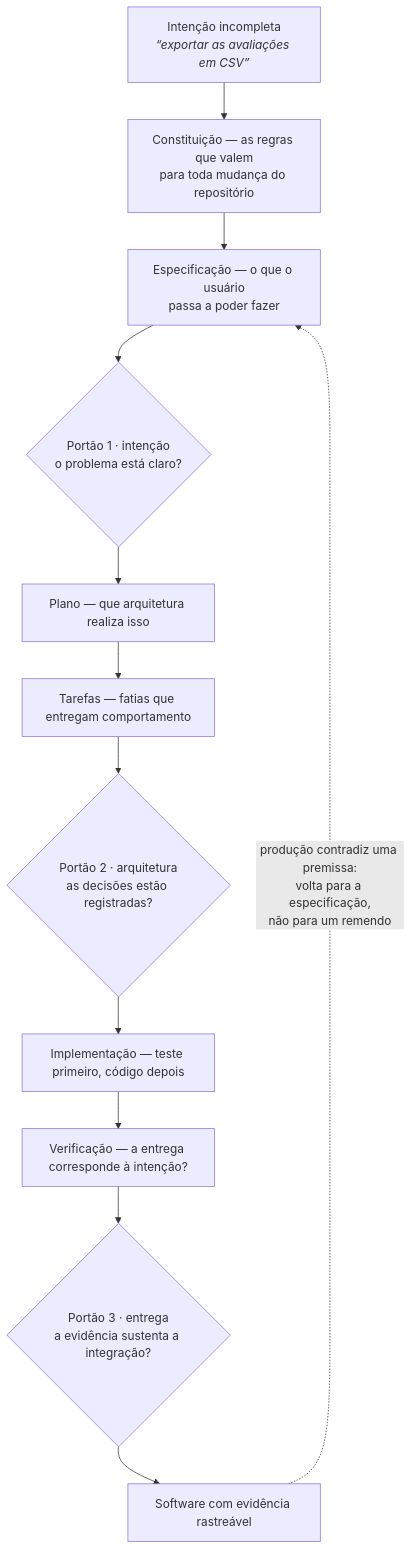
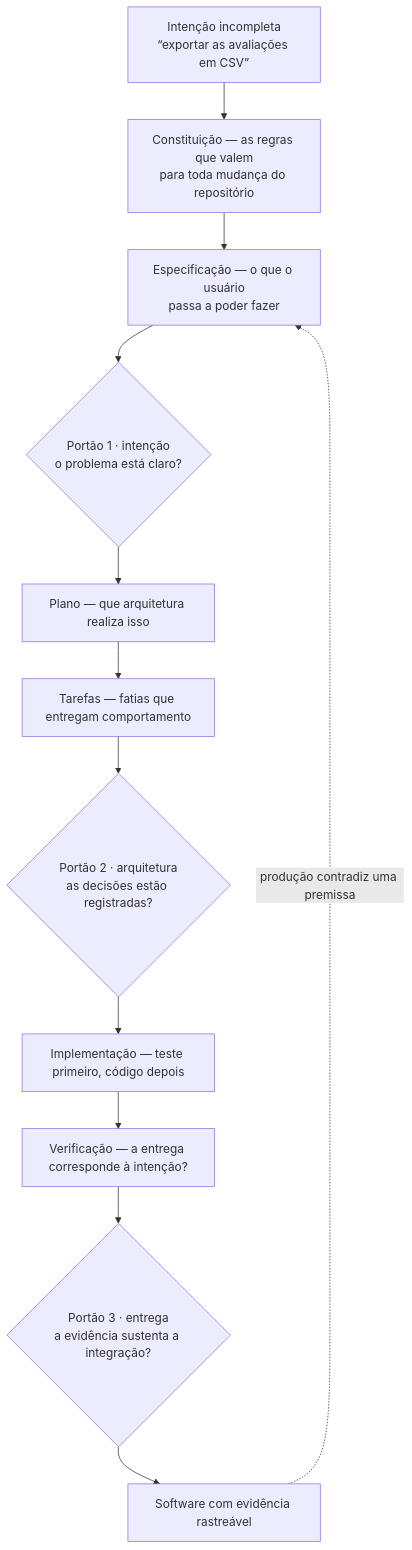
Before and after one commit to aulas-marco/arquitetura-solucoes-ia-generativa: the diagram in docs/modulo-5-sdd/index.md, drawn with Mermaid. The commit also changed 1 other file, not shown here.

Commit message:
fix(mod5): remove as tags <i> dos diagramas, que o Mermaid não renderiza
Os dois diagramas novos do módulo de SDD usavam <i> nos rótulos dos nós.
O site inicializa o Mermaid com securityLevel "strict", que não
interpreta HTML dentro de label — o resultado aparecia como texto solto
em vez de itálico. O <br/> continua, porque já é usado nos diagramas do
Módulo 4 e funciona.

Simplifica também o rótulo da aresta de retorno, que tinha três linhas.

````diff
--- a/docs/modulo-5-sdd/index.md
+++ b/docs/modulo-5-sdd/index.md
@@ -5,17 +5,17 @@
 ```mermaid
 flowchart TB
-    I["Intenção incompleta<br/><i>“exportar as avaliações em CSV”</i>"]
+    I["Intenção incompleta<br/>“exportar as avaliações em CSV”"]
     C["Constituição — as regras que valem<br/>para toda mudança do repositório"]
     S["Especificação — o que o usuário<br/>passa a poder fazer"]
     G1{"Portão 1 · intenção<br/>o problema está claro?"}
     P["Plano — que arquitetura realiza isso"]
     T["Tarefas — fatias que entregam comportamento"]
     G2{"Portão 2 · arquitetura<br/>as decisões estão registradas?"}
     IM["Implementação — teste primeiro, código depois"]
     V["Verificação — a entrega corresponde à intenção?"]
     G3{"Portão 3 · entrega<br/>a evidência sustenta a integração?"}
     E["Software com evidência rastreável"]
 
     I --> C --> S --> G1 --> P --> T --> G2 --> IM --> V --> G3 --> E
-    E -.->|"produção contradiz uma premissa:<br/>volta para a especificação,<br/>não para um remendo"| S
+    E -.->|"produção contradiz uma premissa"| S
 ```
````
